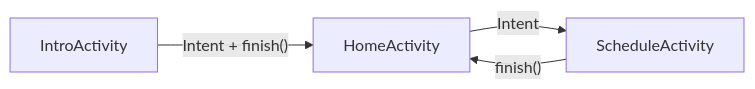
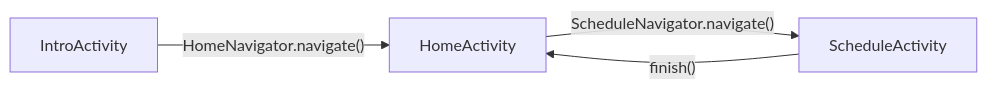
The second of 5 diagrams in docs/NAVIGATION_STRUCTURE.md (LinkIt-Company/LinkIt-KMP), drawn with Mermaid before and after one commit. The commit also changed other lines of this file and 13 other files, not shown here.

````diff
--- a/docs/NAVIGATION_STRUCTURE.md
+++ b/docs/NAVIGATION_STRUCTURE.md
@@ -108,10 +111,10 @@
 ```mermaid
 graph LR
     Intro["IntroActivity"]
     Home["HomeActivity"]
     Schedule["ScheduleActivity"]
 
-    Intro -->|"Intent + finish()"| Home
-    Home -->|"Intent"| Schedule
+    Intro -->|"HomeNavigator.navigate()"| Home
+    Home -->|"ScheduleNavigator.navigate()"| Schedule
     Schedule -->|"finish()"| Home
 ```
````
